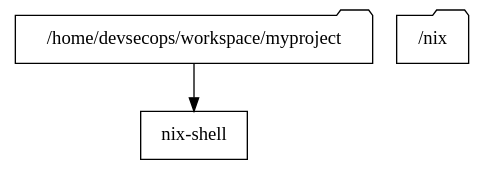
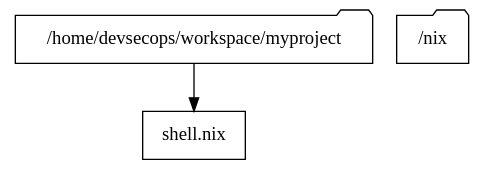
One commit to hotpeppersec/cloudlab changed the diagram in book/dot/08-nix.dot. Above: the diagram before and after it, drawn with Graphviz. The commit also changed 6 other files, not shown here.

```diff
--- a/book/dot/08-nix.dot
+++ b/book/dot/08-nix.dot
@@ -1,12 +1,12 @@
 digraph docker {
   size="8,4";
   node [fontname="Helvetica" fontsize=14 shape=box];
   edge [fontname="Symbol" fontsize=10];
 
   framework [shape=folder fontname="Symbol" label="/home/devsecops/workspace/myproject"];
   nix [shape=folder fontname="Symbol" label="/nix"];
 
-  nixshell [fontname="Symbol" label="nix-shell"];
+  nixshell [fontname="Symbol" label="shell.nix"];
 
   framework -> nixshell;
 }
```
